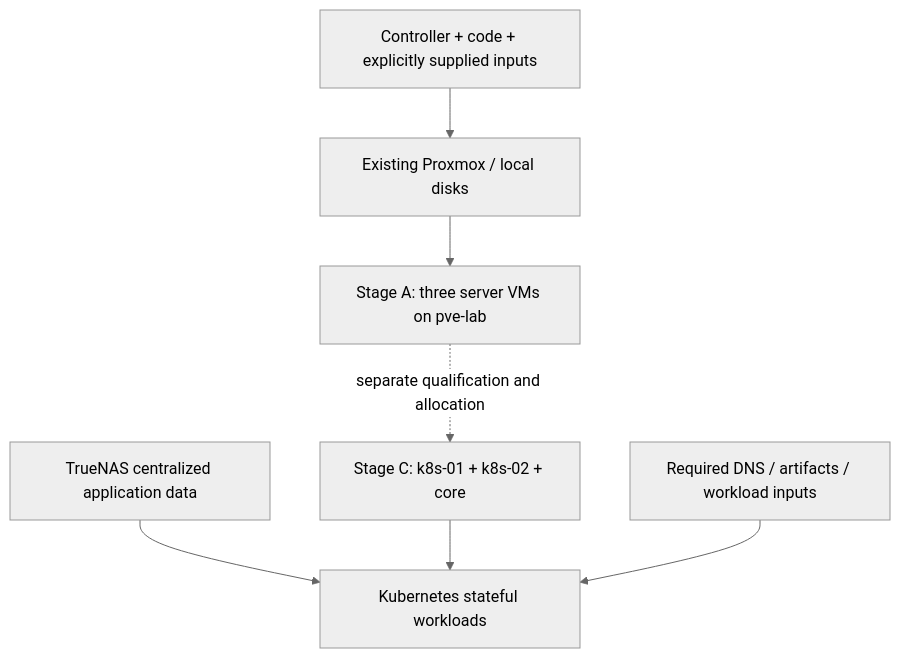
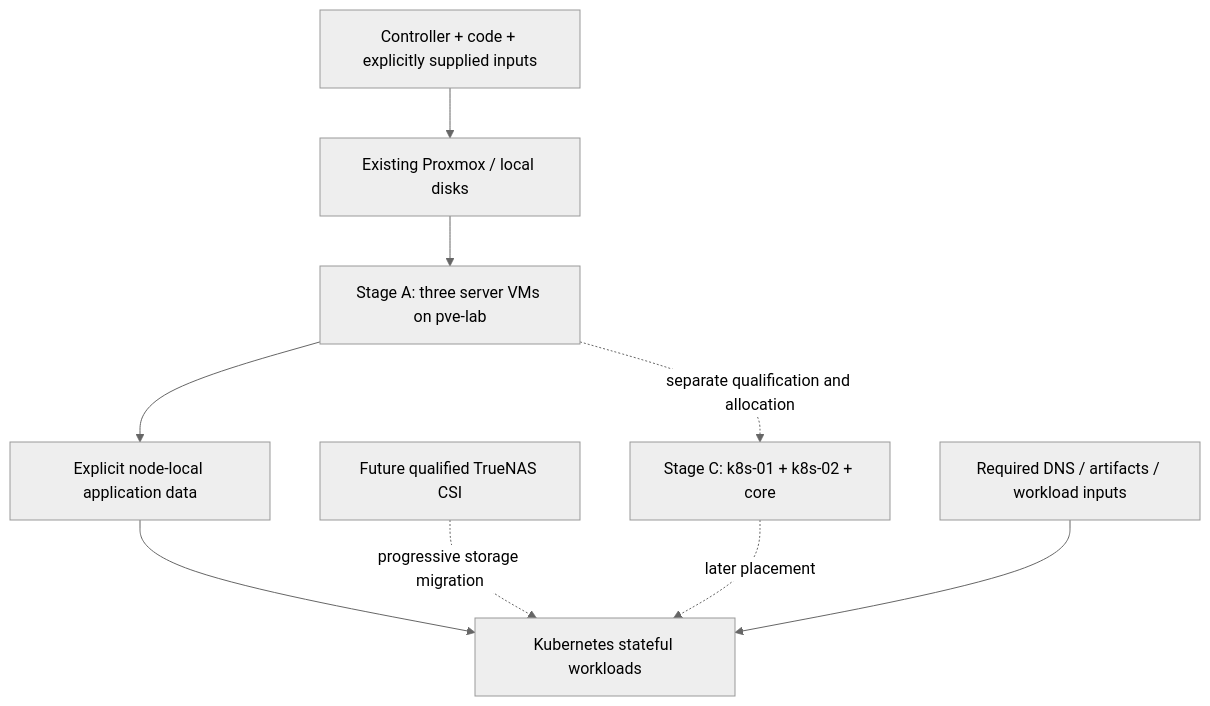
One commit to doku-code/homelab-iac changed the diagram in docs/architecture.md. Above: the diagram before and after it, drawn with Mermaid (neutral theme). The commit also changed other lines of this file and 6 other files, not shown here.

Commit message:
docs(storage): decouple app development from TrueNAS CSI

````diff
--- a/docs/architecture.md
+++ b/docs/architecture.md
@@ -97,9 +97,11 @@
 ```mermaid
 flowchart TD
   X[Controller + code + explicitly supplied inputs] --> P[Existing Proxmox / local disks]
   P --> A[Stage A: three server VMs on pve-lab]
   A -. separate qualification and allocation .-> C[Stage C: k8s-01 + k8s-02 + core]
-  N[TrueNAS centralized application data] --> W[Kubernetes stateful workloads]
-  C --> W
+  A --> L[Explicit node-local application data]
+  L --> W[Kubernetes stateful workloads]
+  N[Future qualified TrueNAS CSI] -. progressive storage migration .-> W
+  C -. later placement .-> W
   E[Required DNS / artifacts / workload inputs] --> W
 ```
````
